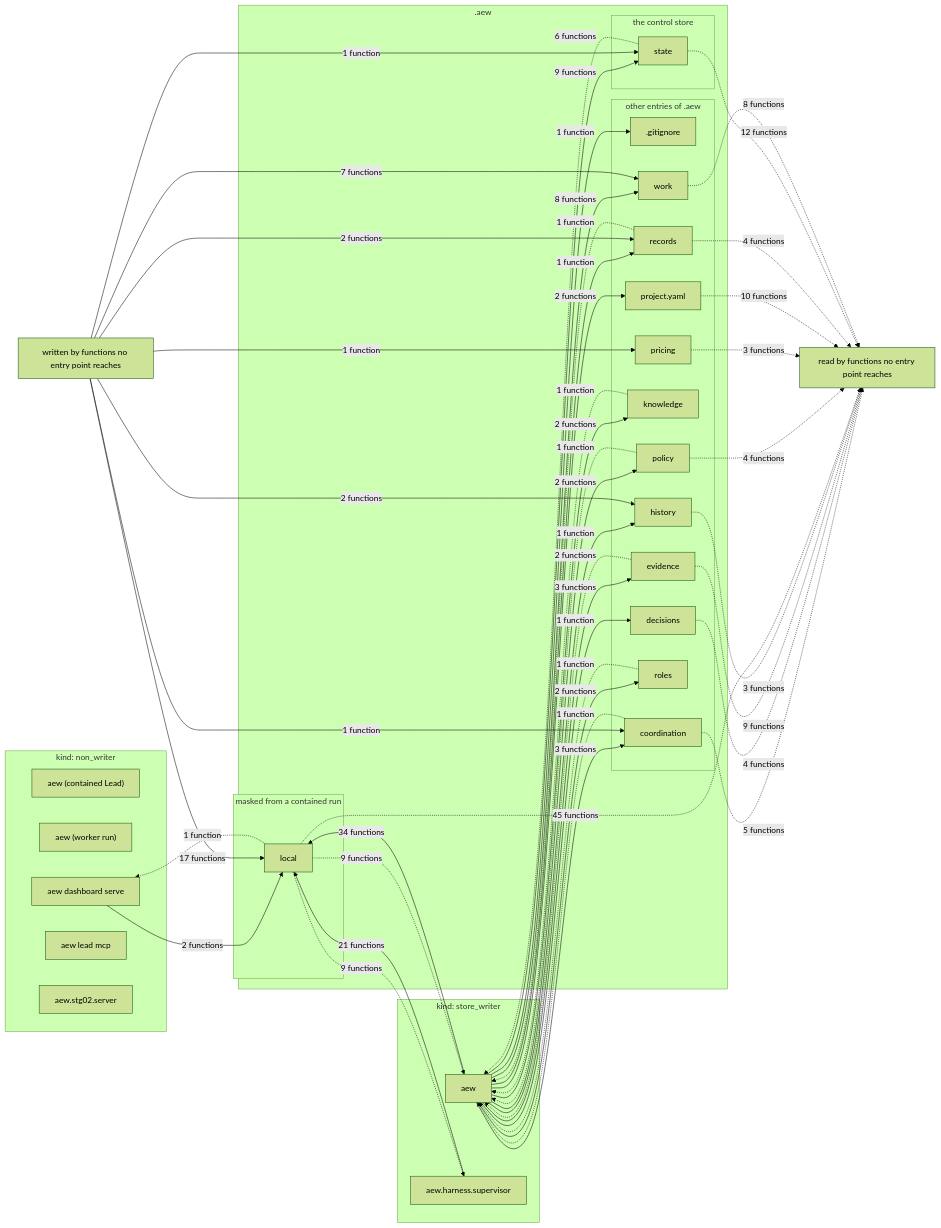
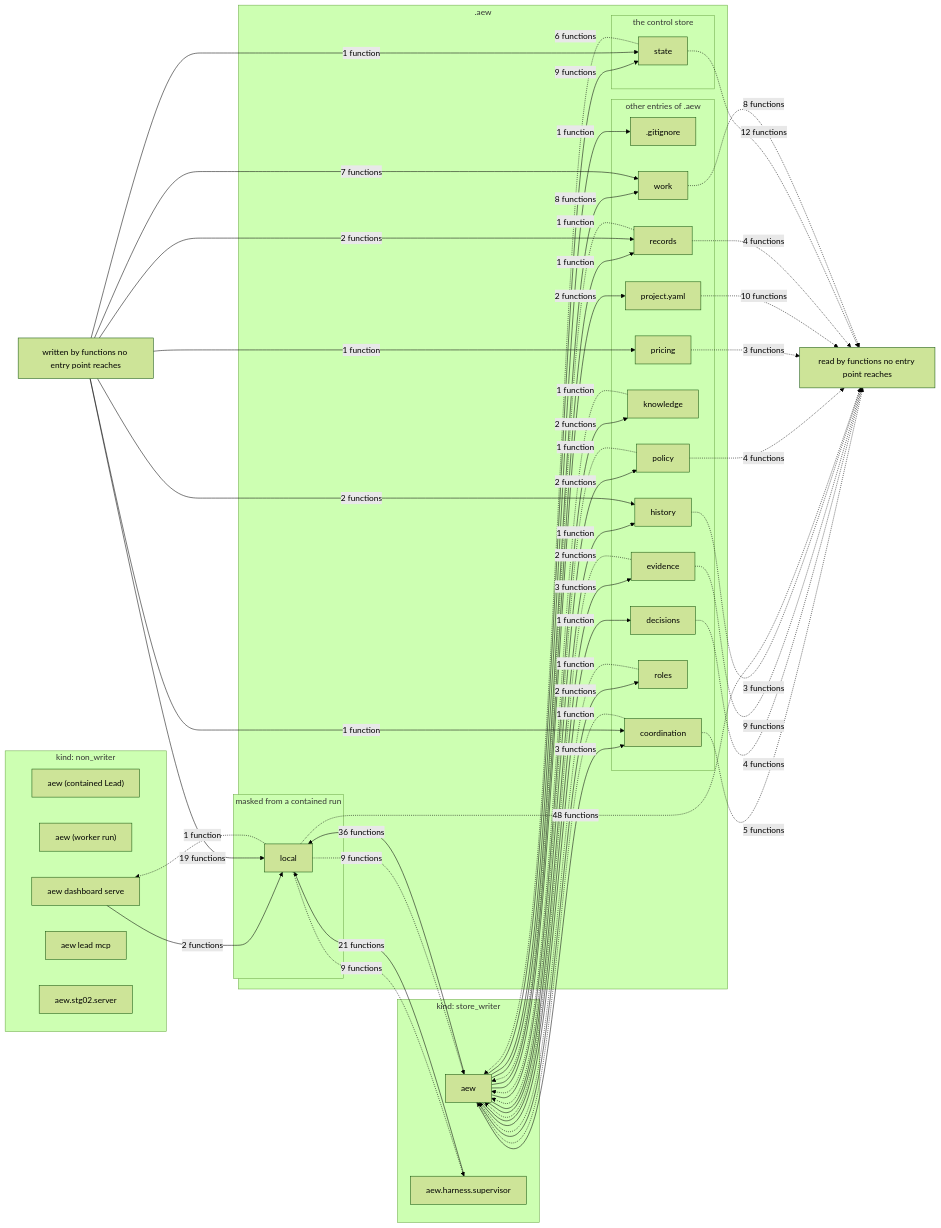
Before and after one commit to JonSmithTLT/Agentic-Engineering-Workflow: the diagram in docs/reference/data-flow.md, drawn with Mermaid (forest theme). The commit also changed other lines of this file and 35 other files, not shown here.

````diff
--- a/docs/reference/data-flow.md
+++ b/docs/reference/data-flow.md
@@ -5,81 +5,81 @@
 ```mermaid
 flowchart LR
     subgraph kind_non_writer["kind: non_writer"]
         proc_aew_contained_lead["aew (contained Lead)"]
         proc_aew_worker_run["aew (worker run)"]
         proc_aew_dashboard_serve["aew dashboard serve"]
         proc_aew_lead_mcp["aew lead mcp"]
         proc_aew_stg02_server["aew.stg02.server"]
     end
     subgraph kind_store_writer["kind: store_writer"]
         proc_aew["aew"]
         proc_aew_harness_supervisor["aew.harness.supervisor"]
     end
     subgraph aew_dir[".aew"]
         subgraph group_store["the control store"]
             path_state["state"]
         end
         subgraph group_masked["masked from a contained run"]
             path_local["local"]
         end
         subgraph group_other["other entries of .aew"]
             path_gitignore[".gitignore"]
             path_coordination["coordination"]
             path_decisions["decisions"]
             path_evidence["evidence"]
             path_history["history"]
             path_knowledge["knowledge"]
             path_policy["policy"]
             path_pricing["pricing"]
             path_project_yaml["project.yaml"]
             path_records["records"]
             path_roles["roles"]
             path_work["work"]
         end
     end
     no_writer["written by functions no entry point reaches"]
     no_reader["read by functions no entry point reaches"]
     proc_aew -->|"1 function"| path_gitignore
     proc_aew -->|"3 functions"| path_coordination
     proc_aew -->|"1 function"| path_decisions
     proc_aew -->|"3 functions"| path_evidence
     proc_aew -->|"1 function"| path_history
     proc_aew -->|"2 functions"| path_knowledge
-    proc_aew -->|"34 functions"| path_local
+    proc_aew -->|"36 functions"| path_local
     proc_aew -->|"2 functions"| path_policy
     proc_aew -->|"2 functions"| path_project_yaml
     proc_aew -->|"1 function"| path_records
     proc_aew -->|"2 functions"| path_roles
     proc_aew -->|"9 functions"| path_state
     proc_aew -->|"8 functions"| path_work
     proc_aew_dashboard_serve -->|"2 functions"| path_local
     proc_aew_harness_supervisor -->|"21 functions"| path_local
     no_writer -->|"1 function"| path_coordination
     no_writer -->|"2 functions"| path_history
-    no_writer -->|"17 functions"| path_local
+    no_writer -->|"19 functions"| path_local
     no_writer -->|"1 function"| path_pricing
     no_writer -->|"2 functions"| path_records
     no_writer -->|"1 function"| path_state
     no_writer -->|"7 functions"| path_work
     path_coordination -.->|"1 function"| proc_aew
     path_evidence -.->|"2 functions"| proc_aew
     path_knowledge -.->|"1 function"| proc_aew
     path_local -.->|"9 functions"| proc_aew
     path_policy -.->|"1 function"| proc_aew
     path_records -.->|"1 function"| proc_aew
     path_roles -.->|"1 function"| proc_aew
     path_state -.->|"6 functions"| proc_aew
     path_local -.->|"1 function"| proc_aew_dashboard_serve
     path_local -.->|"9 functions"| proc_aew_harness_supervisor
     path_coordination -.->|"5 functions"| no_reader
     path_decisions -.->|"4 functions"| no_reader
     path_evidence -.->|"9 functions"| no_reader
     path_history -.->|"3 functions"| no_reader
-    path_local -.->|"45 functions"| no_reader
+    path_local -.->|"48 functions"| no_reader
     path_policy -.->|"4 functions"| no_reader
     path_pricing -.->|"3 functions"| no_reader
     path_project_yaml -.->|"10 functions"| no_reader
     path_records -.->|"4 functions"| no_reader
     path_state -.->|"12 functions"| no_reader
     path_work -.->|"8 functions"| no_reader
 ```
````
